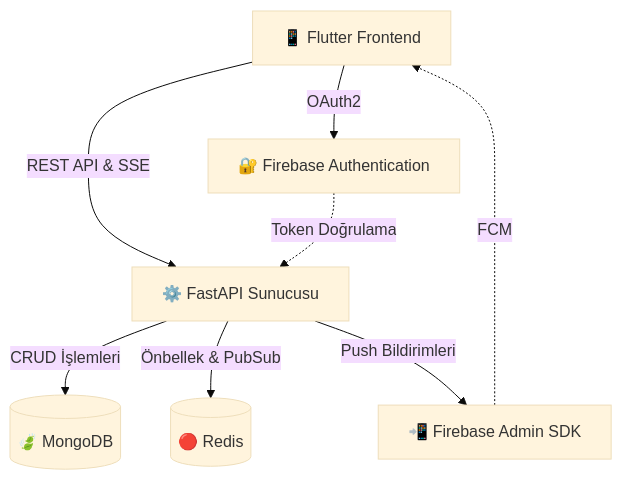
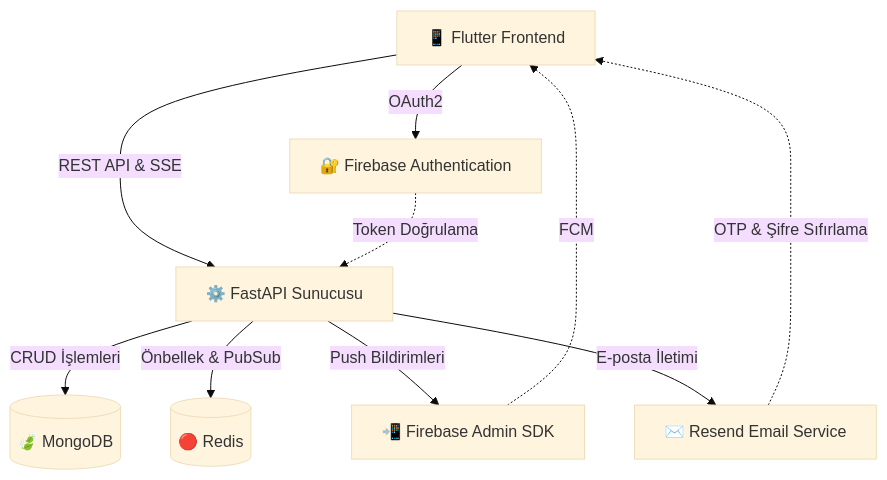
The first of 2 diagrams in README.md (Assistia-Org/AssistiaAI), drawn with Mermaid (base theme) before and after one commit. The commit also changed other lines of this file and 15 other files, not shown here.

````diff
--- a/README.md
+++ b/README.md
@@ -34,11 +55,13 @@
 ```mermaid
 graph TD
     Client[📱 Flutter Frontend] -->|REST API & SSE| API[⚙️ FastAPI Sunucusu]
     Client -->|OAuth2| FirebaseAuth[🔐 Firebase Authentication]
     FirebaseAuth -.->|Token Doğrulama| API
     
     API -->|CRUD İşlemleri| MongoDB[(🍃 MongoDB)]
     API -->|Önbellek & PubSub| Redis[(🔴 Redis)]
     API -->|Push Bildirimleri| FirebaseAdmin[📲 Firebase Admin SDK]
     FirebaseAdmin -.->|FCM| Client
+    API -->|E-posta İletimi| Resend[✉️ Resend Email Service]
+    Resend -.->|OTP & Şifre Sıfırlama| Client
 ```
````
